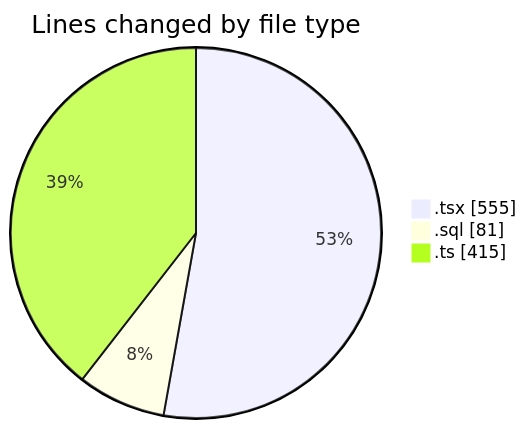
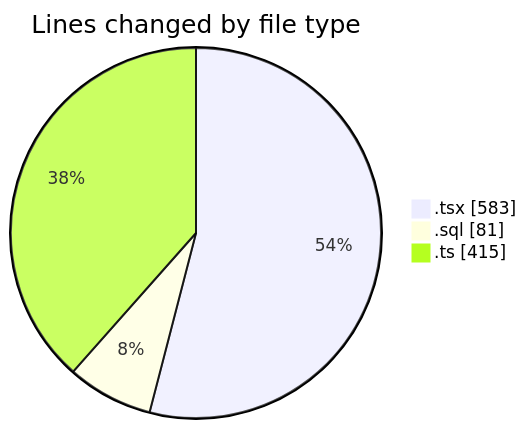
One commit to lephambinh05/code-tracking changed the first of 2 diagrams in 2025-09-09/hiai-phf/README.md. Above: the diagram before and after it, drawn with Mermaid. The commit also changed other lines of this file and 1 other file, not shown here.

````diff
--- a/2025-09-09/hiai-phf/README.md
+++ b/2025-09-09/hiai-phf/README.md
@@ -30,7 +33,7 @@
 ```mermaid
 pie showData
 title Lines changed by file type
-".tsx" : 555
+".tsx" : 583
 ".sql" : 81
 ".ts" : 415
 ```
````
